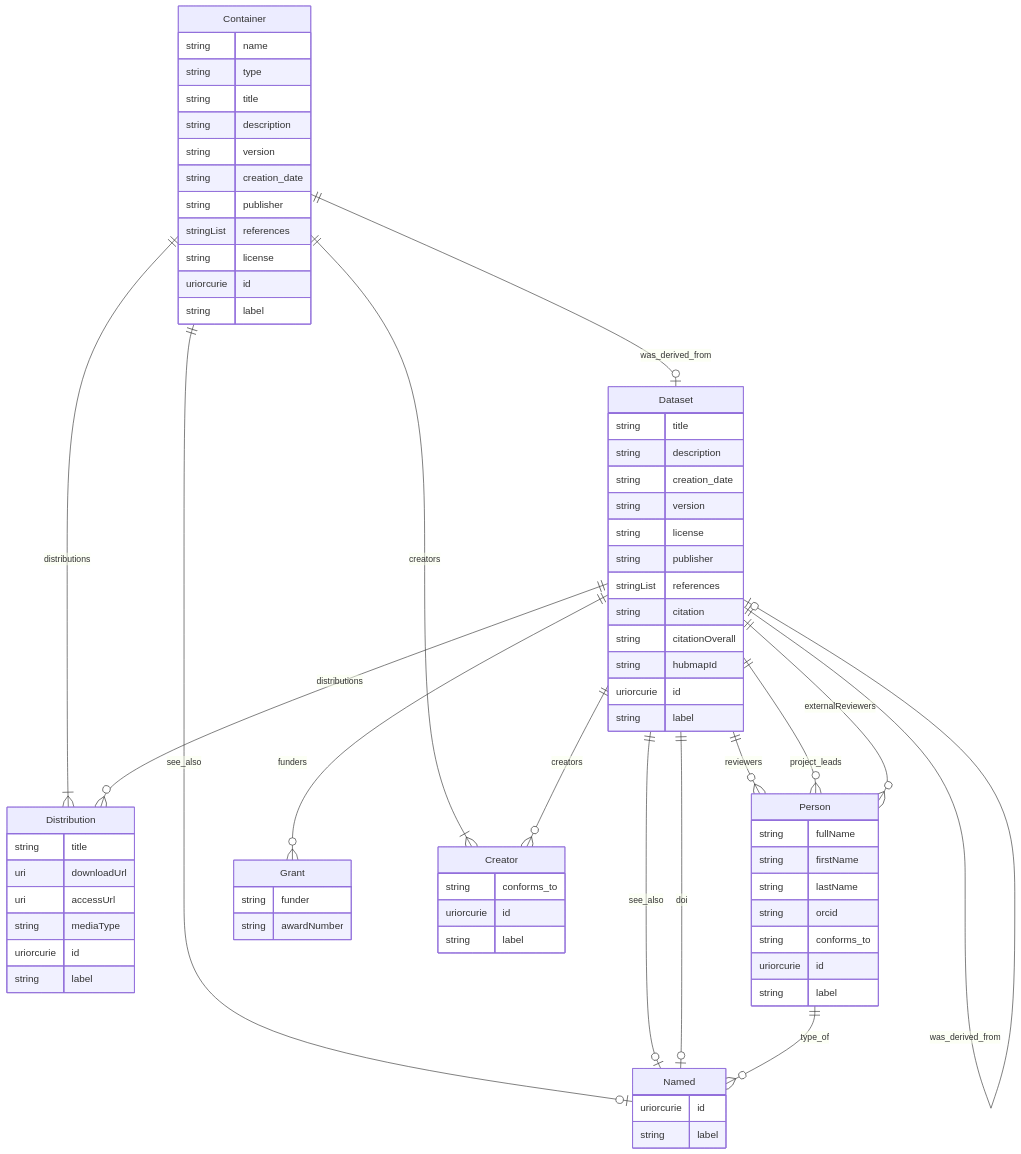
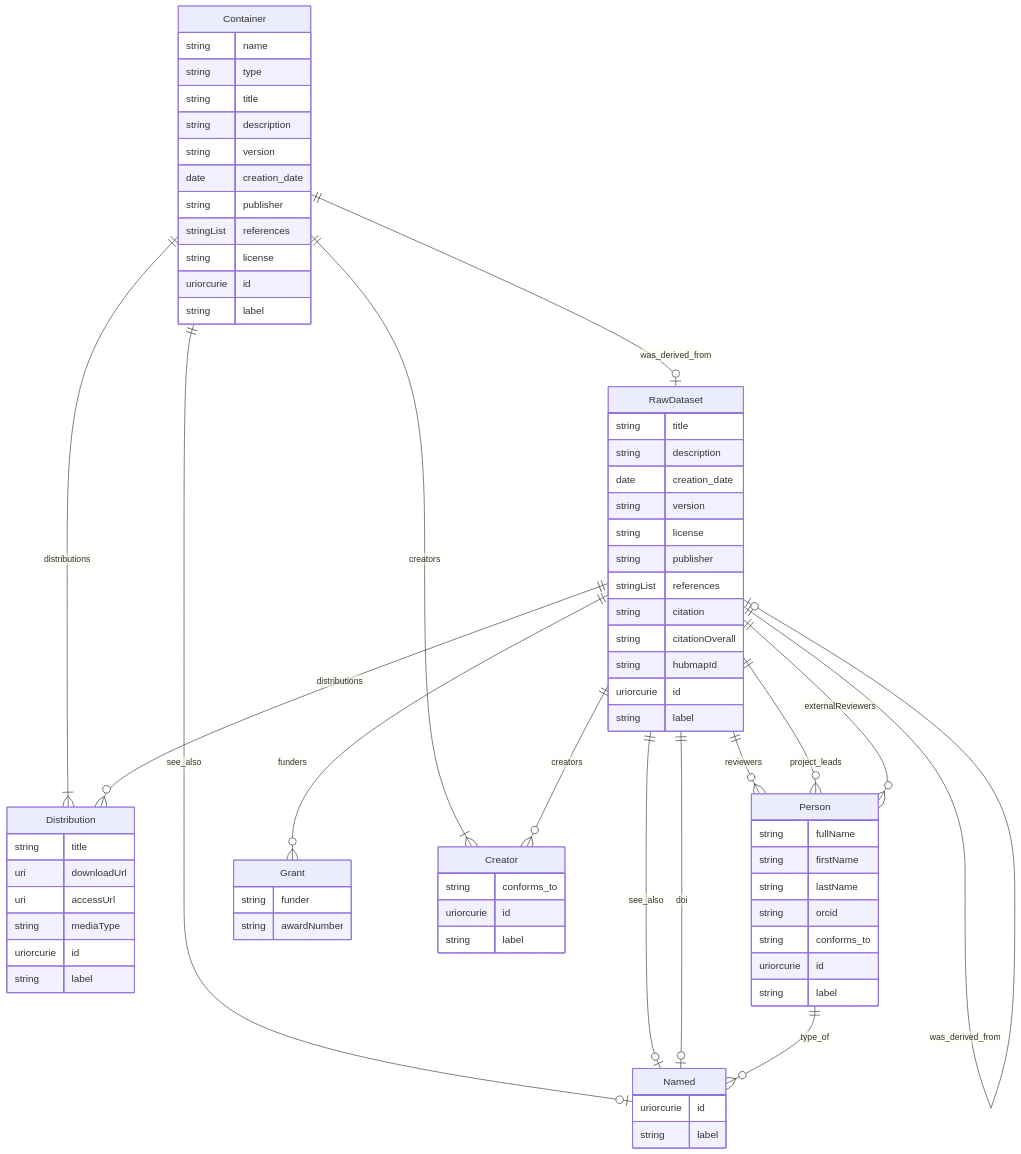
Before and after one commit to hubmapconsortium/hra-do-processor: diagram 20 of 20 in er-diagrams.md, drawn with Mermaid. The commit also changed other lines of this file and 82 other files, not shown here.

````diff
--- a/er-diagrams.md
+++ b/er-diagrams.md
@@ -1315,76 +1690,76 @@
 ```mermaid
 erDiagram
 Container {
     string name  
     string type  
     string title  
     string description  
     string version  
-    string creation_date  
+    date creation_date  
     string publisher  
     stringList references  
     string license  
     uriorcurie id  
     string label  
 }
-Dataset {
+RawDataset {
     string title  
     string description  
-    string creation_date  
+    date creation_date  
     string version  
     string license  
     string publisher  
     stringList references  
     string citation  
     string citationOverall  
     string hubmapId  
     uriorcurie id  
     string label  
 }
 Distribution {
     string title  
     uri downloadUrl  
     uri accessUrl  
     string mediaType  
     uriorcurie id  
     string label  
 }
 Person {
     string fullName  
     string firstName  
     string lastName  
     string orcid  
     string conforms_to  
     uriorcurie id  
     string label  
 }
 Named {
     uriorcurie id  
     string label  
 }
 Grant {
     string funder  
     string awardNumber  
 }
 Creator {
     string conforms_to  
     uriorcurie id  
     string label  
 }
 
 Container ||--}| Creator : "creators"
 Container ||--|o Named : "see_also"
 Container ||--}| Distribution : "distributions"
-Container ||--|o Dataset : "was_derived_from"
-Dataset ||--}o Creator : "creators"
-Dataset ||--}o Person : "reviewers"
-Dataset ||--|o Named : "see_also"
-Dataset ||--}o Grant : "funders"
-Dataset ||--|o Named : "doi"
-Dataset ||--}o Person : "project_leads"
-Dataset ||--}o Person : "externalReviewers"
-Dataset ||--}o Distribution : "distributions"
-Dataset ||--|o Dataset : "was_derived_from"
+Container ||--|o RawDataset : "was_derived_from"
+RawDataset ||--}o Creator : "creators"
+RawDataset ||--}o Person : "reviewers"
+RawDataset ||--|o Named : "see_also"
+RawDataset ||--}o Grant : "funders"
+RawDataset ||--|o Named : "doi"
+RawDataset ||--}o Person : "project_leads"
+RawDataset ||--}o Person : "externalReviewers"
+RawDataset ||--}o Distribution : "distributions"
+RawDataset ||--|o RawDataset : "was_derived_from"
 Person ||--}o Named : "type_of"
 
 ```
````
